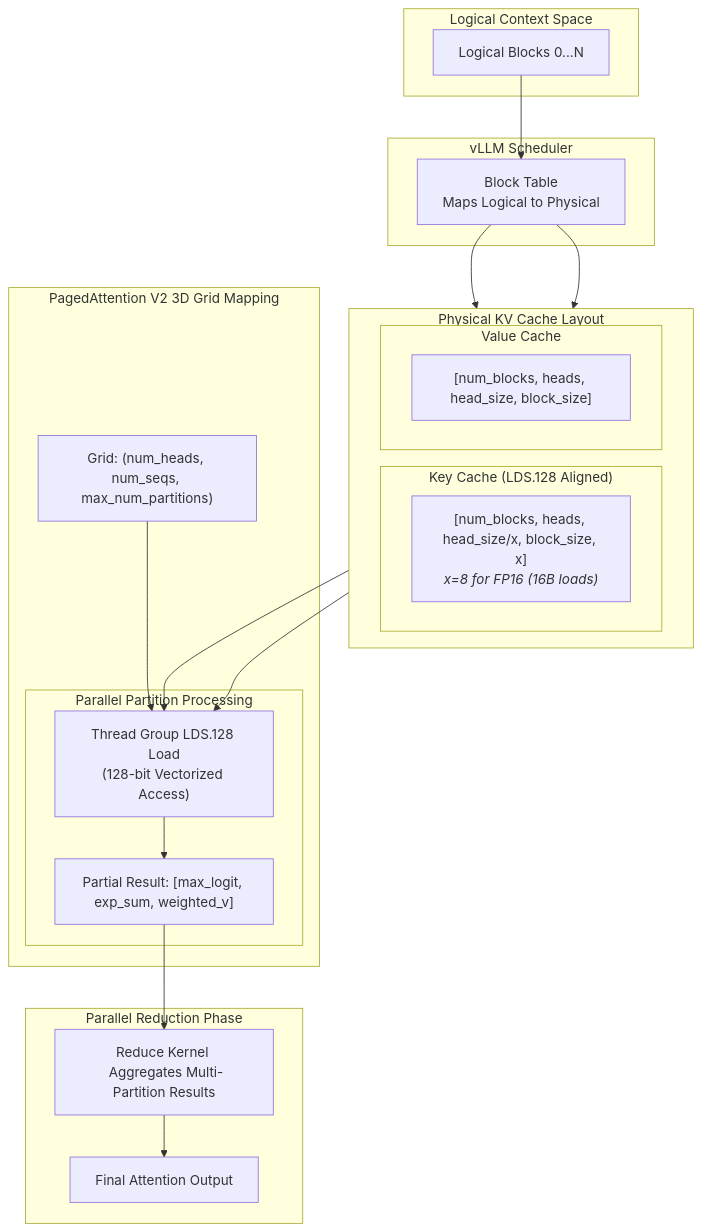
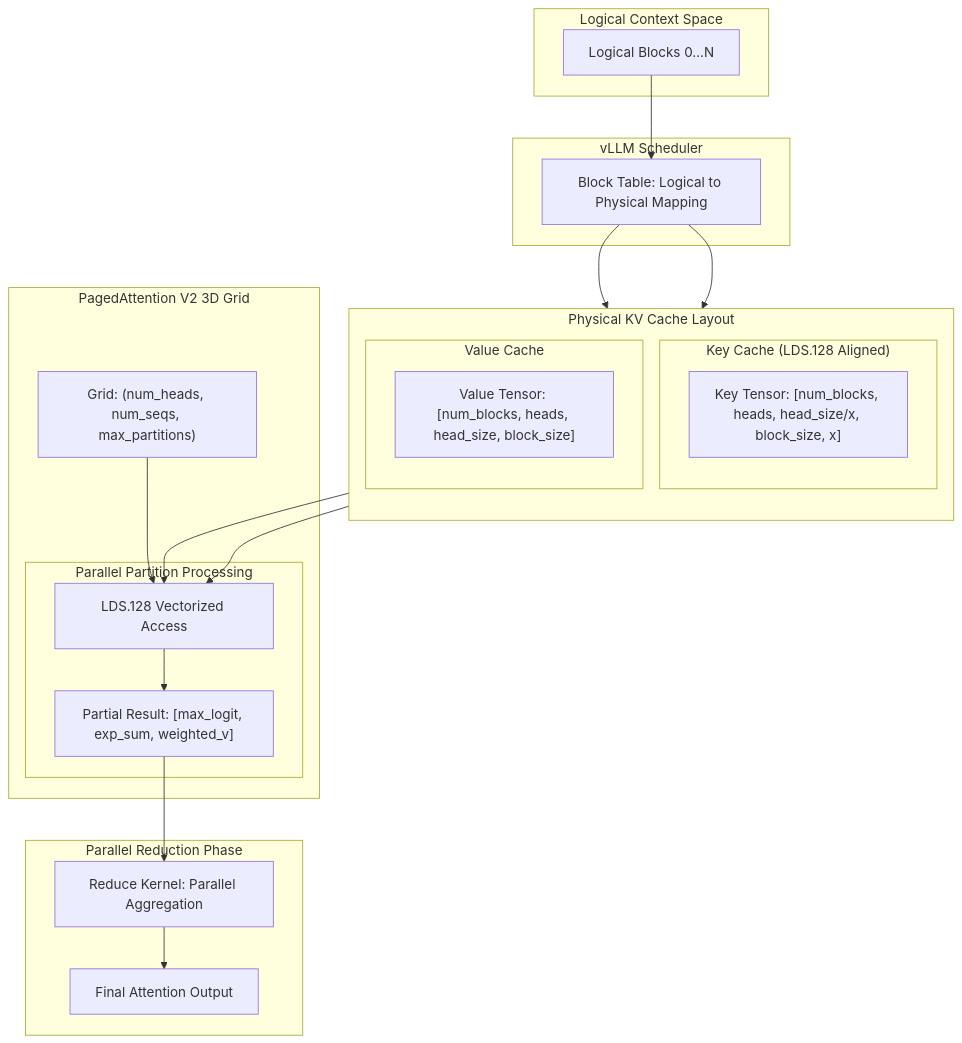
One commit to quanhua92/tutorials changed the diagram in vllm/courses/chapter_02_paged_attention.md. Above: the diagram before and after it, drawn with Mermaid. The commit also changed 10 other files, not shown here.

Commit message:
chore: improve vllm course mermaid styles

````diff
--- a/vllm/courses/chapter_02_paged_attention.md
+++ b/vllm/courses/chapter_02_paged_attention.md
@@ -3,42 +3,42 @@
 ```mermaid
-graph TD
+flowchart TB
     subgraph Logical_Space ["Logical Context Space"]
         L_Blocks["Logical Blocks 0...N"]
     end
 
     subgraph Mapping_Logic ["vLLM Scheduler"]
-        BT["Block Table <br/> Maps Logical to Physical"]
+        BT["Block Table: Logical to Physical Mapping"]
     end
 
     subgraph Physical_Layout ["Physical KV Cache Layout"]
-        direction LR
+        direction TB
         subgraph K_Cache ["Key Cache (LDS.128 Aligned)"]
-            K_Desc["[num_blocks, heads, head_size/x, block_size, x]<br/><i>x=8 for FP16 (16B loads)</i>"]
+            K_Desc["Key Tensor: [num_blocks, heads, head_size/x, block_size, x]"]
         end
         subgraph V_Cache ["Value Cache"]
-            V_Desc["[num_blocks, heads, head_size, block_size]"]
+            V_Desc["Value Tensor: [num_blocks, heads, head_size, block_size]"]
         end
     end
 
-    subgraph V2_Architecture ["PagedAttention V2 3D Grid Mapping"]
-        Grid3D["Grid: (num_heads, num_seqs, max_num_partitions)"]
+    subgraph V2_Architecture ["PagedAttention V2 3D Grid"]
+        Grid3D["Grid: (num_heads, num_seqs, max_partitions)"]
         subgraph Parallel_Compute ["Parallel Partition Processing"]
-            P_Exec["Thread Group LDS.128 Load<br/>(128-bit Vectorized Access)"]
+            P_Exec["LDS.128 Vectorized Access"]
             P_Result["Partial Result: [max_logit, exp_sum, weighted_v]"]
         end
     end
 
     subgraph Reduction_Stage ["Parallel Reduction Phase"]
-        RK["Reduce Kernel <br/> Aggregates Multi-Partition Results"]
+        RK["Reduce Kernel: Parallel Aggregation"]
         Output["Final Attention Output"]
     end
 
     L_Blocks --> BT
     BT --> K_Desc
     BT --> V_Desc
     K_Desc & V_Desc --> P_Exec
     Grid3D --> P_Exec
     P_Exec --> P_Result
     P_Result --> RK
     RK --> Output
 ```
````
